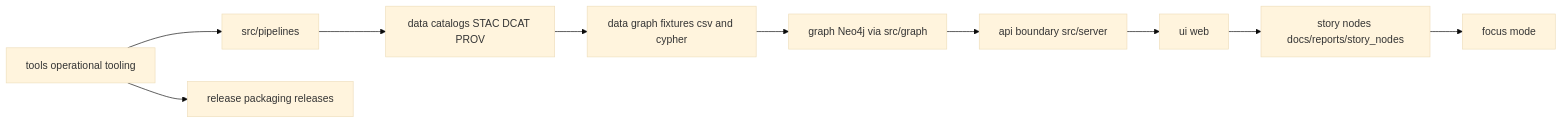
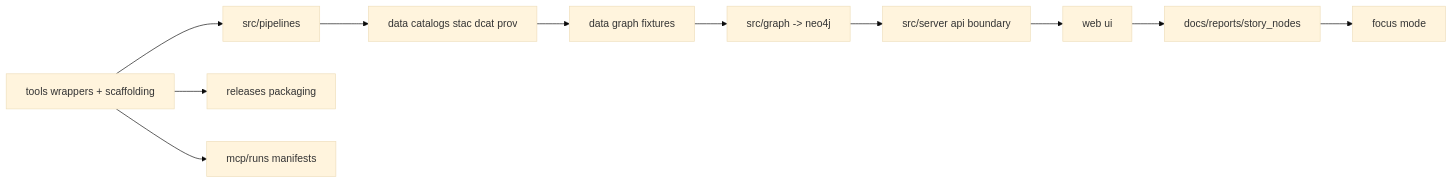
One commit to bartytime4life/Kansas-Frontier-Matrix changed the first of 2 diagrams in tools/README.md. Above: the diagram before and after it, drawn with Mermaid (base theme). The commit also changed other lines of this file, not shown here.

```diff
--- a/tools/README.md
+++ b/tools/README.md
@@ -187,12 +247,13 @@
 ~~~mermaid
 flowchart LR
-  T[tools operational tooling] --> P[src/pipelines]
-  P --> C[data catalogs STAC DCAT PROV]
-  C --> X[data graph fixtures csv and cypher]
-  X --> G[graph Neo4j via src/graph]
-  G --> A[api boundary src/server]
-  A --> U[ui web]
-  U --> S[story nodes docs/reports/story_nodes]
+  T[tools wrappers + scaffolding] --> P[src/pipelines]
+  P --> C[data catalogs stac dcat prov]
+  C --> X[data graph fixtures]
+  X --> G[src/graph -> neo4j]
+  G --> A[src/server api boundary]
+  A --> U[web ui]
+  U --> S[docs/reports/story_nodes]
   S --> F[focus mode]
-  T --> R[release packaging releases]
+  T --> R[releases packaging]
+  T --> M[mcp/runs manifests]
 ~~~
```
